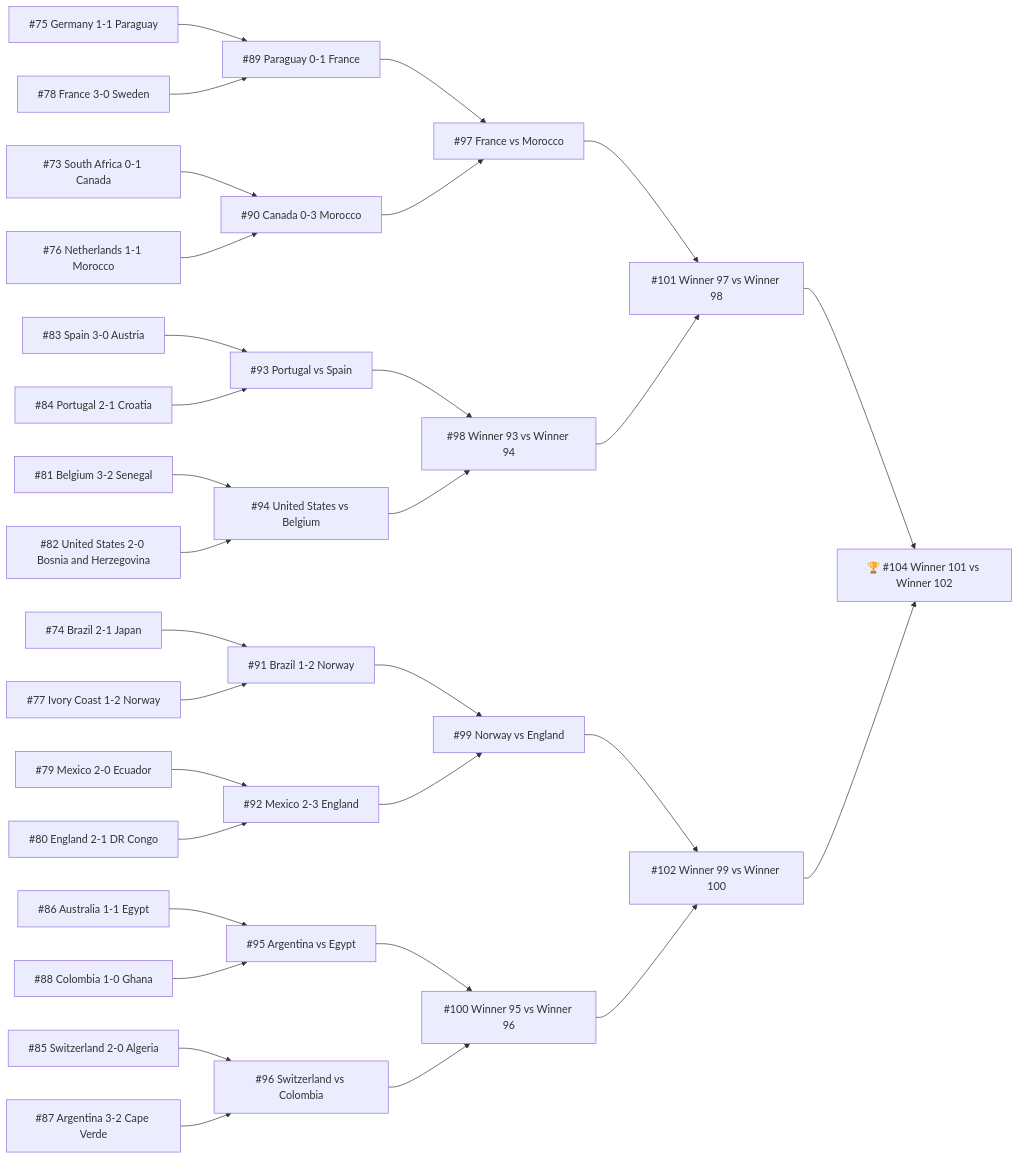
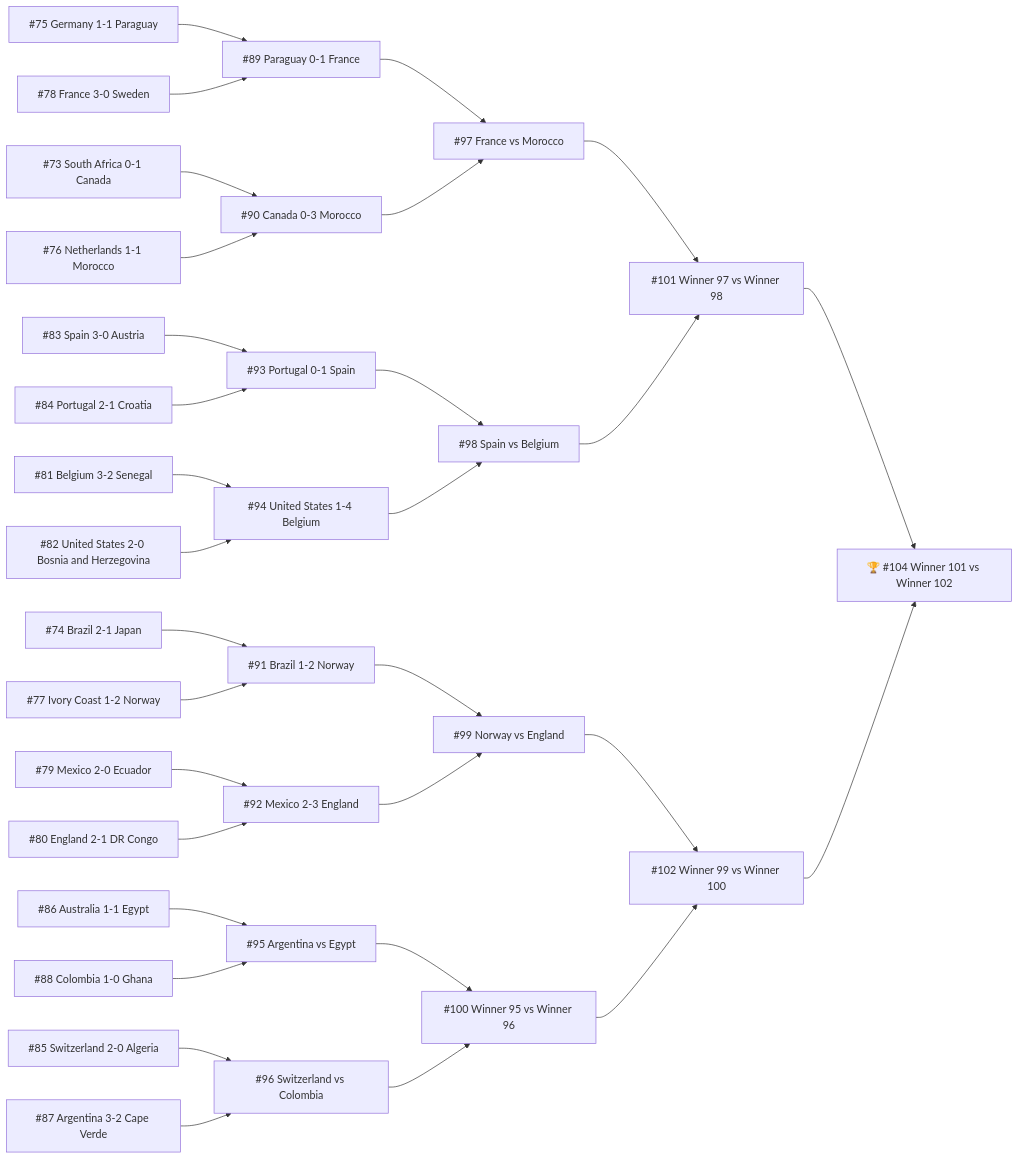
The diagram in src/site/notes/Area/Football/World Cup 2026.md (didiowen/theyears), drawn with Mermaid before and after one commit. The commit also changed 1 other file, not shown here.

Commit message:
auto: WC2026 update 2026-07-07

````diff
--- a/src/site/notes/Area/Football/World Cup 2026.md
+++ b/src/site/notes/Area/Football/World Cup 2026.md
@@ -499,64 +499,64 @@
 ```mermaid
 flowchart LR
   M73["#73 South Africa 0-1 Canada"]
   M74["#74 Brazil 2-1 Japan"]
   M75["#75 Germany 1-1 Paraguay"]
   M76["#76 Netherlands 1-1 Morocco"]
   M77["#77 Ivory Coast 1-2 Norway"]
   M78["#78 France 3-0 Sweden"]
   M79["#79 Mexico 2-0 Ecuador"]
   M80["#80 England 2-1 DR Congo"]
   M81["#81 Belgium 3-2 Senegal"]
   M82["#82 United States 2-0 Bosnia and Herzegovina"]
   M83["#83 Spain 3-0 Austria"]
   M84["#84 Portugal 2-1 Croatia"]
   M85["#85 Switzerland 2-0 Algeria"]
   M86["#86 Australia 1-1 Egypt"]
   M87["#87 Argentina 3-2 Cape Verde"]
   M88["#88 Colombia 1-0 Ghana"]
   M89["#89 Paraguay 0-1 France"]
   M90["#90 Canada 0-3 Morocco"]
   M91["#91 Brazil 1-2 Norway"]
   M92["#92 Mexico 2-3 England"]
-  M93["#93 Portugal vs Spain"]
-  M94["#94 United States vs Belgium"]
+  M93["#93 Portugal 0-1 Spain"]
+  M94["#94 United States 1-4 Belgium"]
   M95["#95 Argentina vs Egypt"]
   M96["#96 Switzerland vs Colombia"]
   M97["#97 France vs Morocco"]
-  M98["#98 Winner 93 vs Winner 94"]
+  M98["#98 Spain vs Belgium"]
   M99["#99 Norway vs England"]
   M100["#100 Winner 95 vs Winner 96"]
   M101["#101 Winner 97 vs Winner 98"]
   M102["#102 Winner 99 vs Winner 100"]
   M104["🏆 #104 Winner 101 vs Winner 102"]
   M75 --> M89
   M78 --> M89
   M73 --> M90
   M76 --> M90
   M74 --> M91
   M77 --> M91
   M79 --> M92
   M80 --> M92
   M83 --> M93
   M84 --> M93
   M81 --> M94
   M82 --> M94
   M86 --> M95
   M88 --> M95
   M85 --> M96
   M87 --> M96
   M89 --> M97
   M90 --> M97
   M93 --> M98
   M94 --> M98
   M91 --> M99
   M92 --> M99
   M95 --> M100
   M96 --> M100
   M97 --> M101
   M98 --> M101
   M99 --> M102
   M100 --> M102
   M101 --> M104
   M102 --> M104
 ```
````
